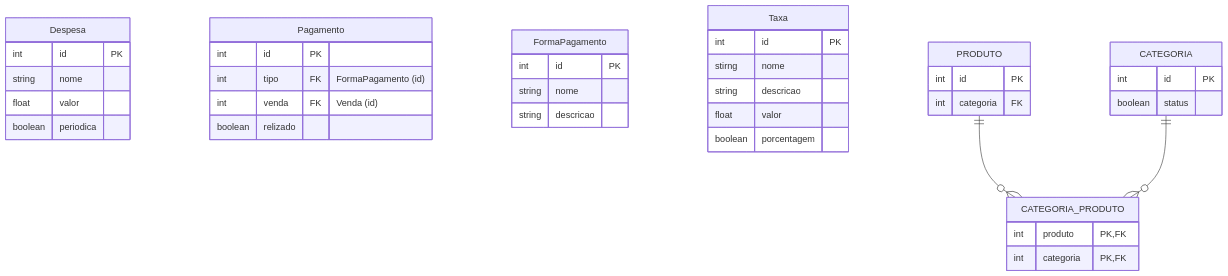
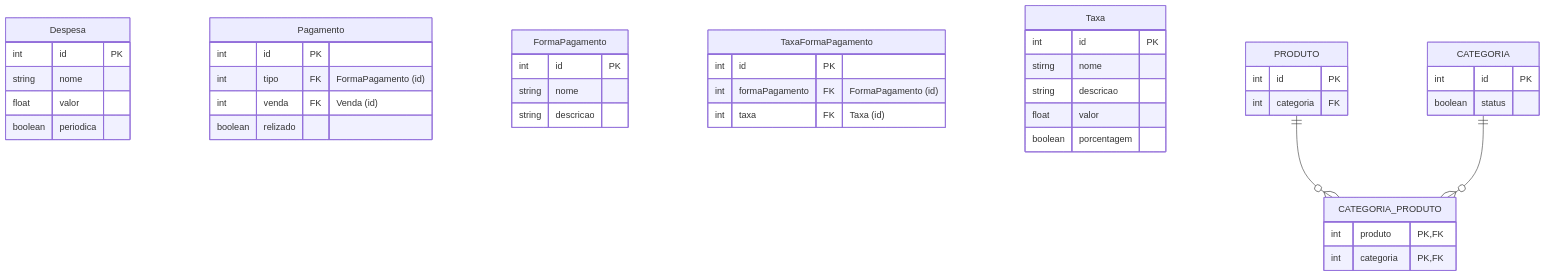
The diagram in docs/documento-de-modelos.md (Control-Cash/controlcash), drawn with Mermaid before and after one commit.

Commit message:
Adiciona tabela auxiliar TaxaFormaPagamento #32

````diff
--- a/docs/documento-de-modelos.md
+++ b/docs/documento-de-modelos.md
@@ -5,48 +5,54 @@
 ```mermaid
 erDiagram
   Despesa {
     int id PK
     string nome
     float valor
     boolean periodica
   }
 
   Pagamento {
     int id PK
     int tipo FK "FormaPagamento (id)"
     int venda FK "Venda (id)"
     boolean relizado
   }
 
   FormaPagamento {
     int id PK
     string nome
     string descricao
+  }
+
+  TaxaFormaPagamento {
+    int id PK
+    int formaPagamento FK "FormaPagamento (id)"
+    int taxa FK "Taxa (id)"
   }
 
   Taxa {
     int id PK
     stirng nome
     string descricao
     float valor
     boolean porcentagem
   }
 
   PRODUTO {
     int id PK
     int categoria FK
   }
 
   CATEGORIA_PRODUTO {
     int produto PK, FK
     int categoria PK, FK
   }
 
   CATEGORIA {
     int id PK
     boolean status
   }
 
   PRODUTO ||--o{ CATEGORIA_PRODUTO : ""
   CATEGORIA ||--o{ CATEGORIA_PRODUTO : ""
 ```
````
